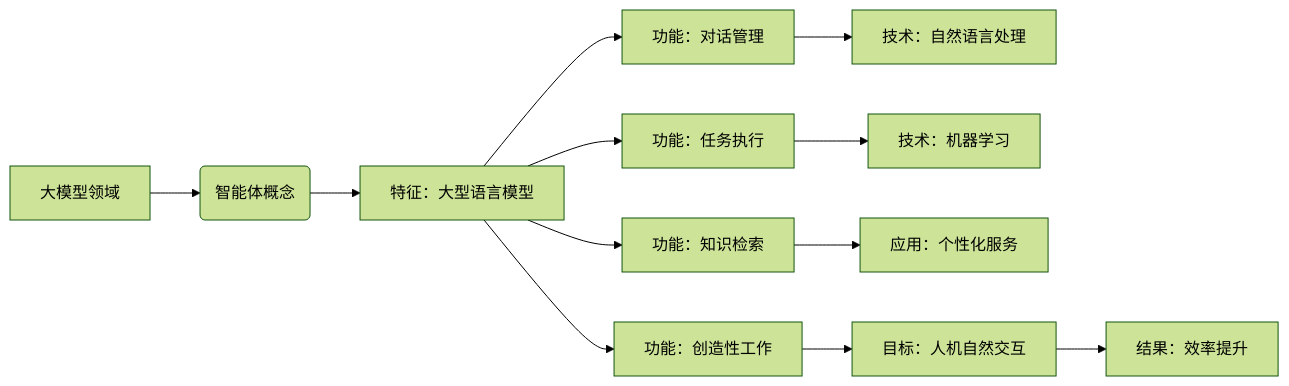
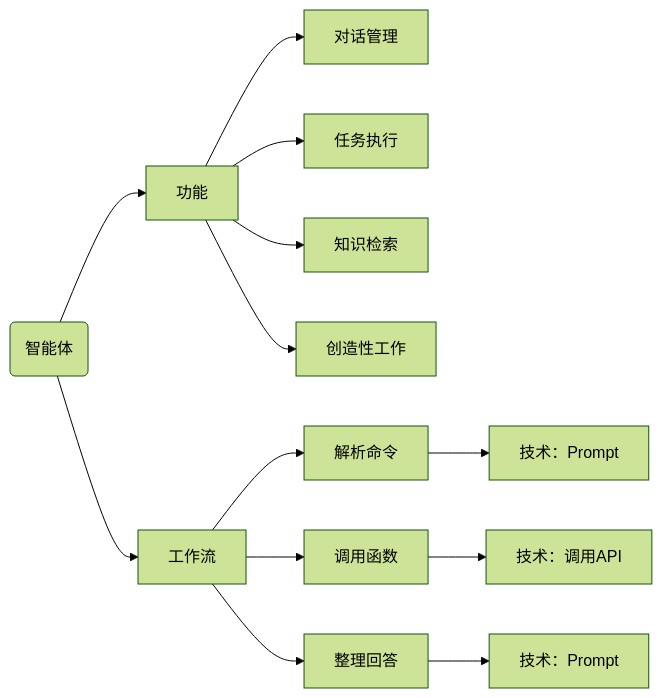
One commit to HandSomeGuy001/InternLM-813 changed the diagram in L2/Lagent/README.md. Above: the diagram before and after it, drawn with Mermaid (forest theme).

Commit message:
commit L2/Lagent

````diff
--- a/L2/Lagent/README.md
+++ b/L2/Lagent/README.md
@@ -3,14 +3,14 @@
 ```mermaid
 graph LR
-    A["大模型领域"] --> B("智能体概念")
-    B --> C["特征：大型语言模型"]
-    C --> D["功能：对话管理"]
-    C --> E["功能：任务执行"]
-    C --> F["功能：知识检索"]
-    C --> G["功能：创造性工作"]
-    D --> H["技术：自然语言处理"]
-    E --> I["技术：机器学习"]
-    F --> J["应用：个性化服务"]
-    G --> K["目标：人机自然交互"]
-    K --> L["结果：效率提升"]
+    B("智能体")
+    B --> C["功能"]
+    C --> D["对话管理"]
+    C --> E["任务执行"]
+    C --> F["知识检索"]
+    C --> G["创造性工作"]
+    B--> H["工作流"]
+    H-->I["解析命令"]-->J["技术：Prompt"]
+    H-->K["调用函数"]-->L["技术：调用API"]
+    H-->M["整理回答"]-->N["技术：Prompt"]
+
 ```
````
